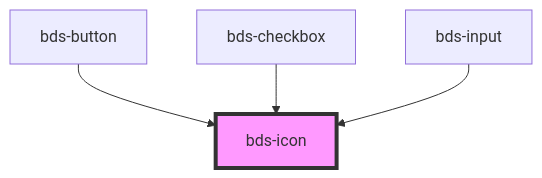
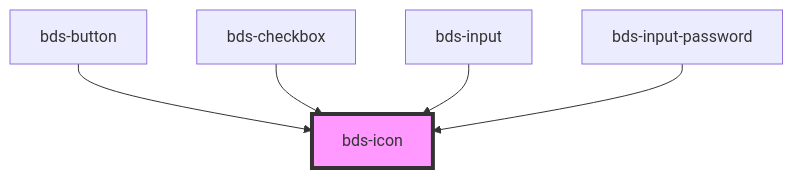
The diagram in src/components/icon/readme.md (takenet/blip-ds), drawn with Mermaid before and after one commit. The commit also changed other lines of this file and 10 other files, not shown here.

First line of the commit message:
feat(component): create input password

````diff
--- a/src/components/icon/readme.md
+++ b/src/components/icon/readme.md
@@ -28,7 +29,8 @@
 ```mermaid
 graph TD;
   bds-button --> bds-icon
   bds-checkbox --> bds-icon
   bds-input --> bds-icon
+  bds-input-password --> bds-icon
   style bds-icon fill:#f9f,stroke:#333,stroke-width:4px
 ```
````
